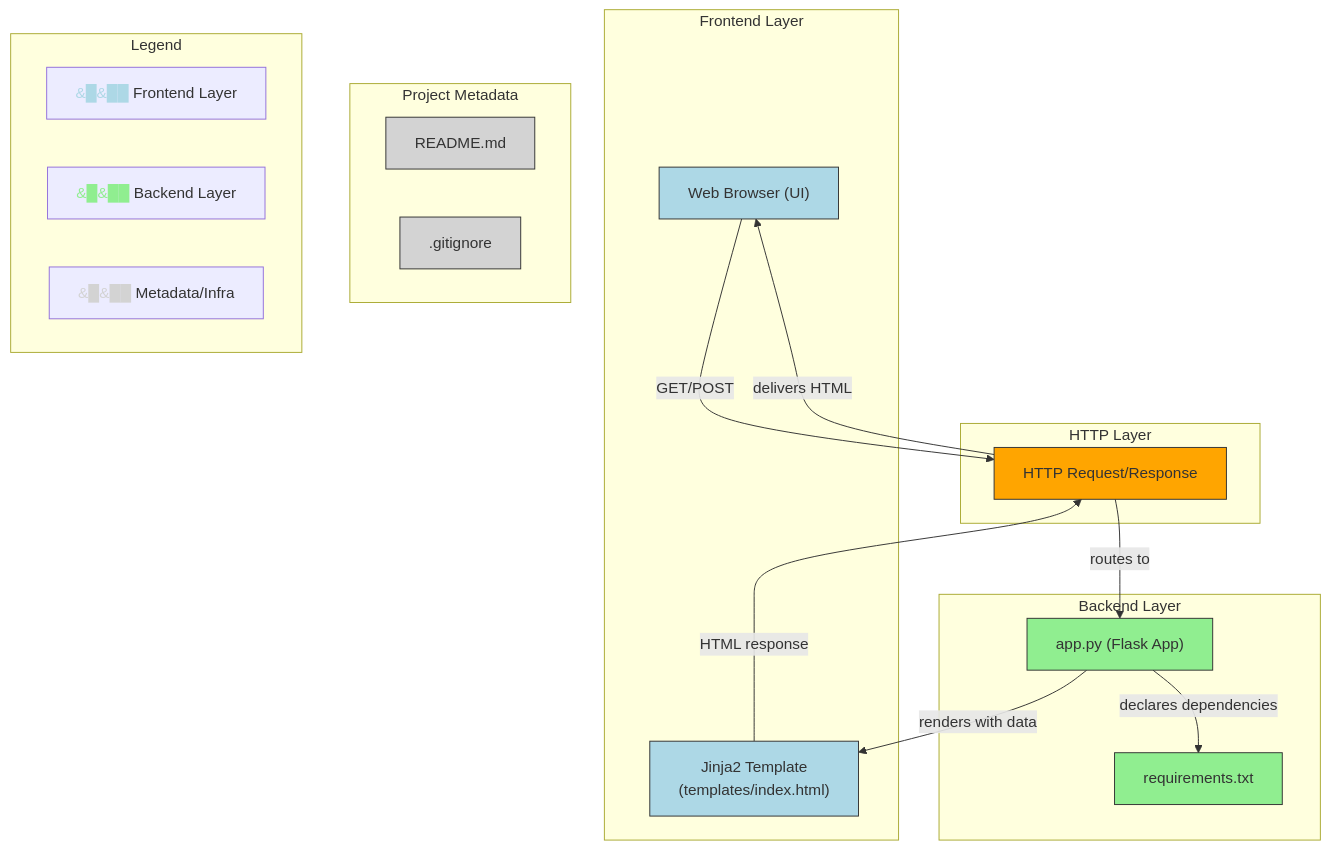
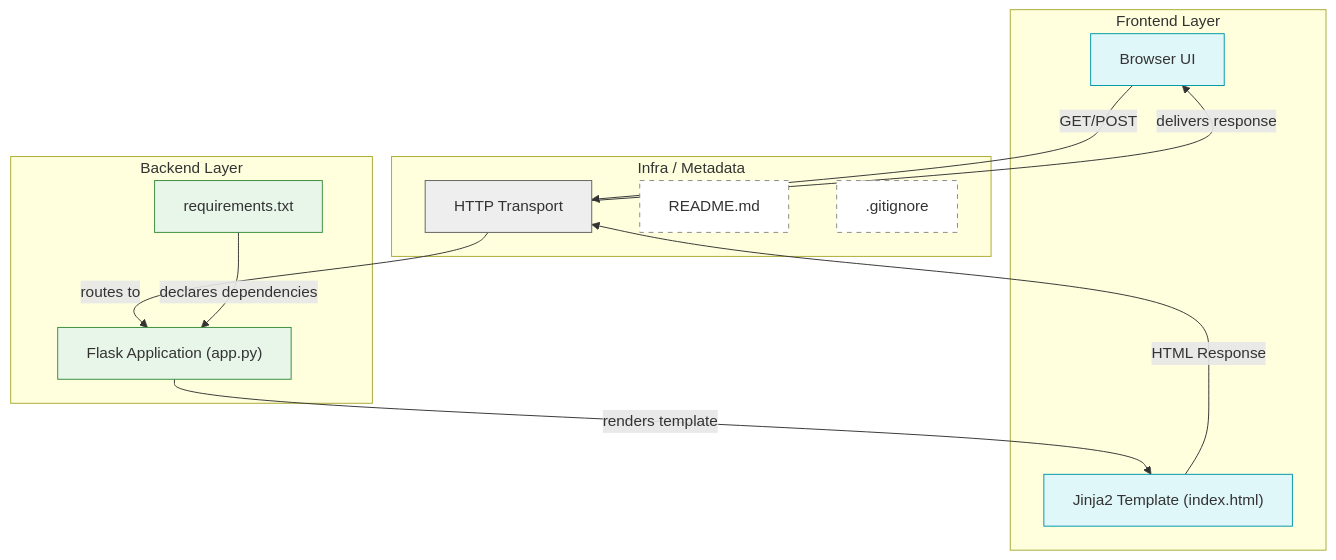
The diagram in README.md (geethasagarb/Tip-Calculator), drawn with Mermaid before and after one commit.

````diff
--- a/README.md
+++ b/README.md
@@ -1,53 +1,36 @@
 ```mermaid
-flowchart TB
-    %% Frontend Layer
+flowchart TD
     subgraph "Frontend Layer"
-        Browser["Web Browser (UI)"]:::frontend
-        Template["Jinja2 Template<br/>(templates/index.html)"]:::frontend
+        Browser["Browser UI"]:::frontend
+        Template["Jinja2 Template (index.html)"]:::frontend
     end
 
-    %% HTTP Layer
-    subgraph "HTTP Layer"
-        HTTP["HTTP Request/Response"]:::infra
+    subgraph "Backend Layer"
+        Flask["Flask Application (app.py)"]:::backend
+        Req["requirements.txt"]:::backend
     end
 
-    %% Backend Layer
-    subgraph "Backend Layer"
-        Flask["app.py (Flask App)"]:::backend
-        requirements["requirements.txt"]:::backend
+    subgraph "Infra / Metadata"
+        HTTP["HTTP Transport"]:::infra
+        README["README.md"]:::metadata
+        GIT[".gitignore"]:::metadata
     end
 
-    %% Metadata
-    subgraph "Project Metadata"
-        README["README.md"]:::metadata
-        Gitignore[".gitignore"]:::metadata
-    end
-
-    %% Data Flow
     Browser -->|"GET/POST"| HTTP
     HTTP -->|"routes to"| Flask
-    Flask -->|"renders with data"| Template
-    Template -->|"HTML response"| HTTP
-    HTTP -->|"delivers HTML"| Browser
-    Flask -->|"declares dependencies"| requirements
+    Flask -->|"renders template"| Template
+    Template -->|"HTML Response"| HTTP
+    HTTP -->|"delivers response"| Browser
+    Req -->|"declares dependencies"| Flask
 
-    %% Legend
-    subgraph "Legend"
-        L1["<span style='color:#add8e6'>&#9608;&#9608;&#9608;</span> Frontend Layer"]
-        L2["<span style='color:#90ee90'>&#9608;&#9608;&#9608;</span> Backend Layer"]
-        L3["<span style='color:#d3d3d3'>&#9608;&#9608;&#9608;</span> Metadata/Infra"]
-    end
+    click Flask "https://github.com/geethasagarb/tip-calculator/blob/main/app.py"
+    click Template "https://github.com/geethasagarb/tip-calculator/blob/main/templates/index.html"
+    click Req "https://github.com/geethasagarb/tip-calculator/blob/main/requirements.txt"
+    click README "https://github.com/geethasagarb/tip-calculator/blob/main/README.md"
+    click GIT "https://github.com/geethasagarb/tip-calculator/blob/main/.gitignore"
 
-    %% Click Events
-    click Template "https://github.com/geethasagarb/tip-calculator/blob/main/templates/index.html"
-    click Flask "https://github.com/geethasagarb/tip-calculator/blob/main/app.py"
-    click requirements "https://github.com/geethasagarb/tip-calculator/blob/main/requirements.txt"
-    click README "https://github.com/geethasagarb/tip-calculator/blob/main/README.md"
-    click Gitignore "https://github.com/geethasagarb/tip-calculator/blob/main/.gitignore"
-
-    %% Styles
-    classDef frontend fill:#add8e6,stroke:#333,stroke-width:1px;
-    classDef backend fill:#90ee90,stroke:#333,stroke-width:1px;
-    classDef infra fill:#ffa500,stroke:#333,stroke-width:1px;
-    classDef metadata fill:#d3d3d3,stroke:#333,stroke-width:1px;
+    classDef frontend fill:#E0F7FA,stroke:#0097A7;
+    classDef backend fill:#E8F5E9,stroke:#388E3C;
+    classDef infra fill:#EEEEEE,stroke:#616161;
+    classDef metadata fill:#FFFFFF,stroke:#888888,stroke-dasharray:5 5;
 ```
````
